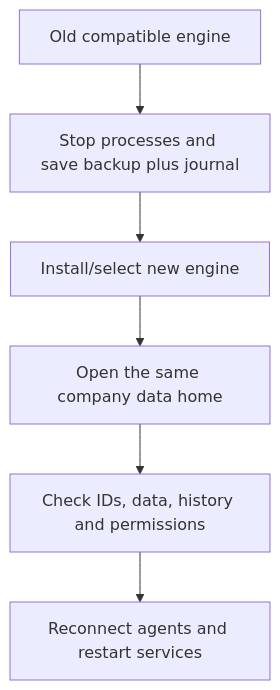
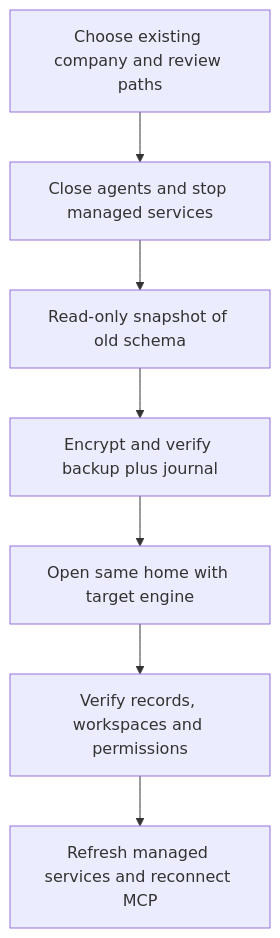
Before and after one commit to Atmet-AI/Atmet-brain: the diagram in docs/diagrams/upgrading-1.mmd, drawn with Mermaid. The commit also changed 27 other files, not shown here.

Commit message:
Add guided backup-first company updates

```diff
--- a/docs/diagrams/upgrading-1.mmd
+++ b/docs/diagrams/upgrading-1.mmd
@@ -1,6 +1,7 @@
 flowchart TD
-    Old["Old compatible engine"] --> Backup["Stop processes and save backup plus journal"]
-    Backup --> New["Install/select new engine"]
-    New --> Home["Open the same company data home"]
-    Home --> Check["Check IDs, data, history and permissions"]
-    Check --> Resume["Reconnect agents and restart services"]
+    Choose["Choose existing company and review paths"] --> Stop["Close agents and stop managed services"]
+    Stop --> Backup["Read-only snapshot of old schema"]
+    Backup --> Verify["Encrypt and verify backup plus journal"]
+    Verify --> Open["Open same home with target engine"]
+    Open --> Check["Verify records, workspaces and permissions"]
+    Check --> Services["Refresh managed services and reconnect MCP"]
```
